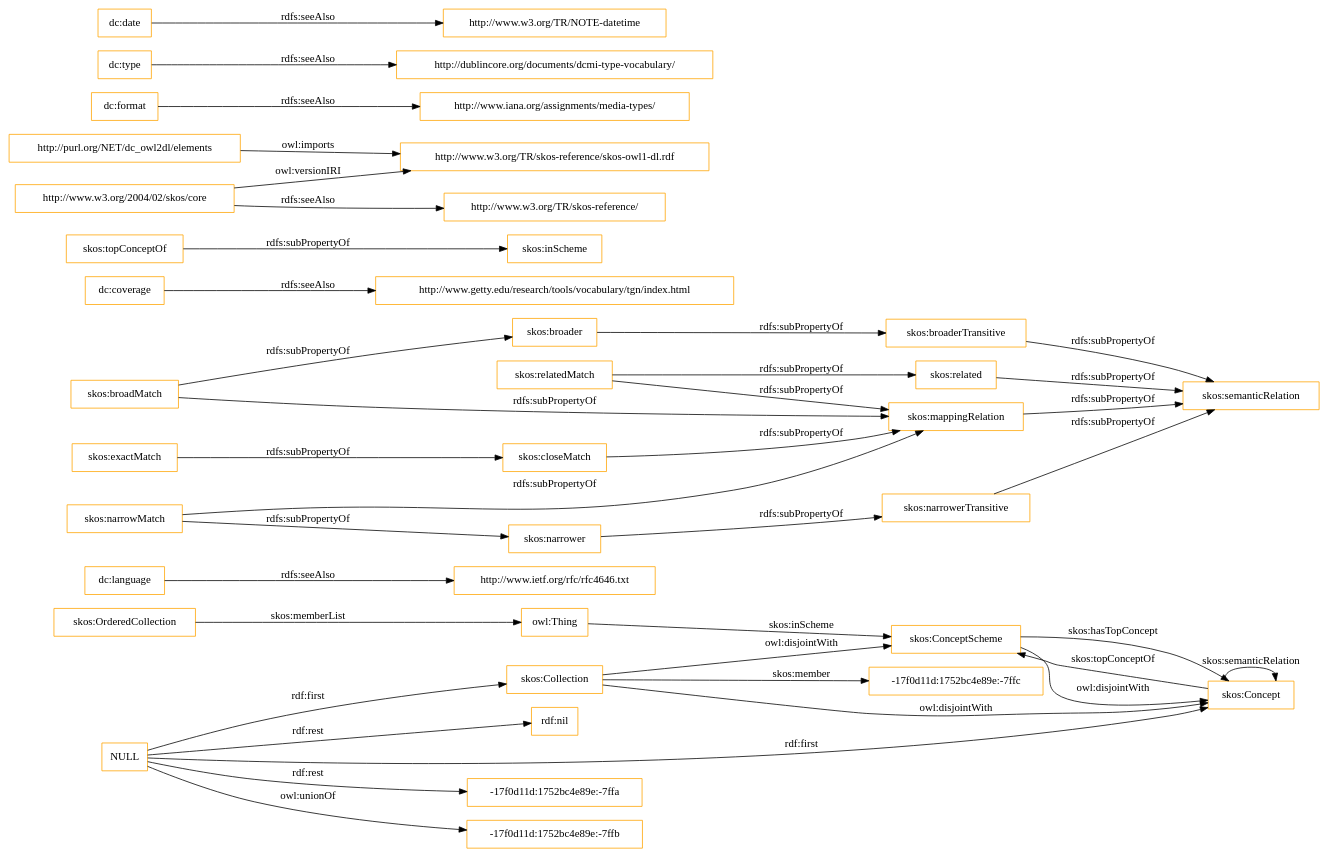
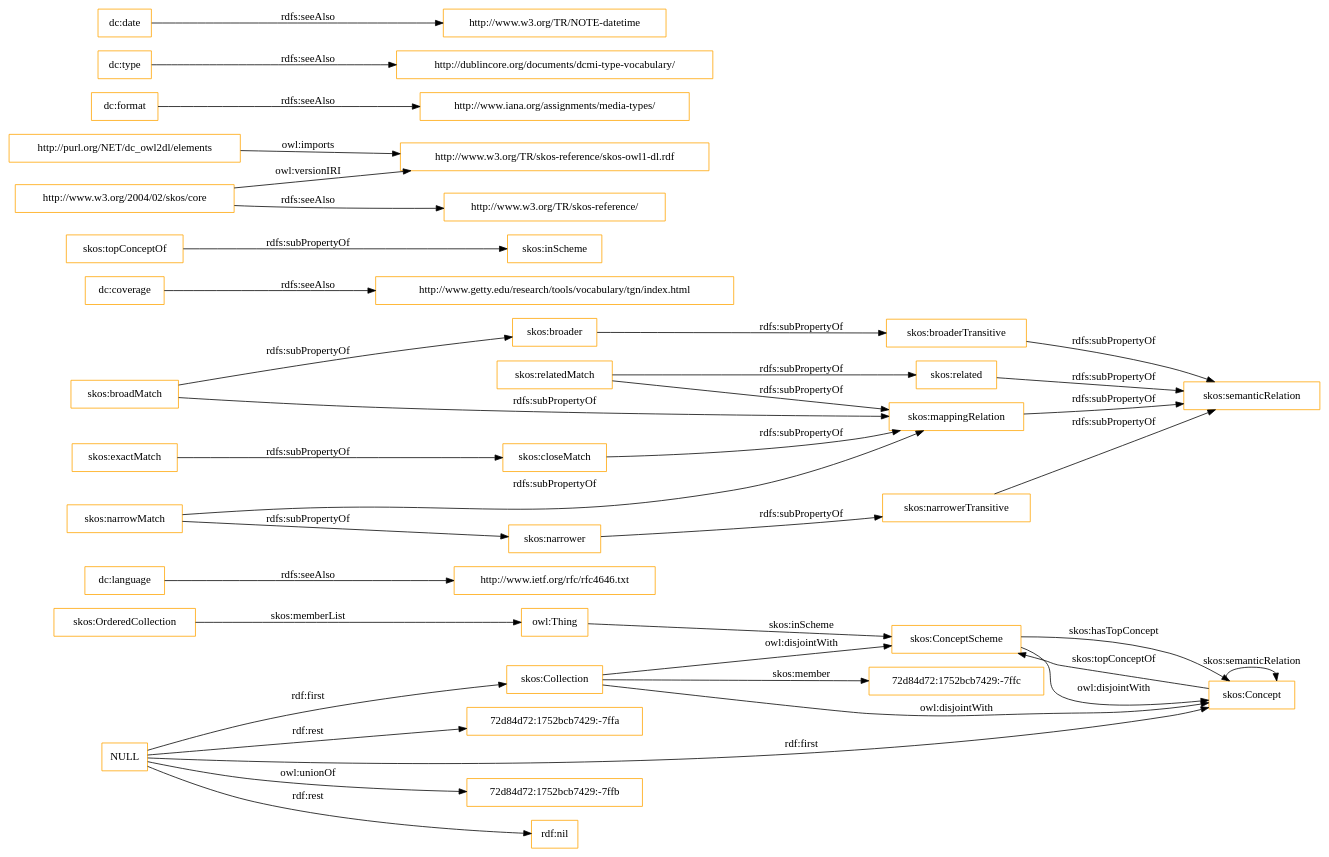
Before and after one commit to OnToologyUser/core-ontology-1: the diagram in OnToology/imports/elements.owl/diagrams/ar2dtool-class/elements.owl.png.dot, drawn with Graphviz. The commit also changed 14 other files, not shown here.

```diff
--- a/OnToology/imports/elements.owl/diagrams/ar2dtool-class/elements.owl.png.dot
+++ b/OnToology/imports/elements.owl/diagrams/ar2dtool-class/elements.owl.png.dot
@@ -1,43 +1,43 @@
 digraph ar2dtool_diagram { 
 rankdir=LR;
 size="1501"
-node [shape = rectangle, color="orange"]; "-17f0d11d:1752bc4e89e:-7ffc" "skos:OrderedCollection" "skos:Collection" "skos:ConceptScheme" "skos:Concept" ; /*classes style*/
+node [shape = rectangle, color="orange"]; "72d84d72:1752bcb7429:-7ffc" "skos:OrderedCollection" "skos:Collection" "skos:ConceptScheme" "skos:Concept" ; /*classes style*/
 	"dc:language" -> "http://www.ietf.org/rfc/rfc4646.txt" [ label = "rdfs:seeAlso" ];
-	"NULL" -> "-17f0d11d:1752bc4e89e:-7ffa" [ label = "rdf:rest" ];
-	"NULL" -> "skos:Concept" [ label = "rdf:first" ];
-	"NULL" -> "-17f0d11d:1752bc4e89e:-7ffb" [ label = "owl:unionOf" ];
+	"NULL" -> "72d84d72:1752bcb7429:-7ffb" [ label = "owl:unionOf" ];
 	"NULL" -> "rdf:nil" [ label = "rdf:rest" ];
 	"NULL" -> "skos:Collection" [ label = "rdf:first" ];
+	"NULL" -> "72d84d72:1752bcb7429:-7ffa" [ label = "rdf:rest" ];
+	"NULL" -> "skos:Concept" [ label = "rdf:first" ];
 	"skos:closeMatch" -> "skos:mappingRelation" [ label = "rdfs:subPropertyOf" ];
 	"dc:coverage" -> "http://www.getty.edu/research/tools/vocabulary/tgn/index.html" [ label = "rdfs:seeAlso" ];
 	"skos:relatedMatch" -> "skos:related" [ label = "rdfs:subPropertyOf" ];
 	"skos:relatedMatch" -> "skos:mappingRelation" [ label = "rdfs:subPropertyOf" ];
 	"skos:ConceptScheme" -> "skos:Concept" [ label = "owl:disjointWith" ];
 	"skos:related" -> "skos:semanticRelation" [ label = "rdfs:subPropertyOf" ];
 	"skos:topConceptOf" -> "skos:inScheme" [ label = "rdfs:subPropertyOf" ];
 	"skos:broadMatch" -> "skos:broader" [ label = "rdfs:subPropertyOf" ];
 	"skos:broadMatch" -> "skos:mappingRelation" [ label = "rdfs:subPropertyOf" ];
 	"http://purl.org/NET/dc_owl2dl/elements" -> "http://www.w3.org/TR/skos-reference/skos-owl1-dl.rdf" [ label = "owl:imports" ];
 	"skos:exactMatch" -> "skos:closeMatch" [ label = "rdfs:subPropertyOf" ];
 	"dc:format" -> "http://www.iana.org/assignments/media-types/" [ label = "rdfs:seeAlso" ];
 	"skos:broaderTransitive" -> "skos:semanticRelation" [ label = "rdfs:subPropertyOf" ];
 	"dc:type" -> "http://dublincore.org/documents/dcmi-type-vocabulary/" [ label = "rdfs:seeAlso" ];
 	"skos:broader" -> "skos:broaderTransitive" [ label = "rdfs:subPropertyOf" ];
 	"skos:mappingRelation" -> "skos:semanticRelation" [ label = "rdfs:subPropertyOf" ];
 	"http://www.w3.org/2004/02/skos/core" -> "http://www.w3.org/TR/skos-reference/skos-owl1-dl.rdf" [ label = "owl:versionIRI" ];
 	"http://www.w3.org/2004/02/skos/core" -> "http://www.w3.org/TR/skos-reference/" [ label = "rdfs:seeAlso" ];
 	"skos:Collection" -> "skos:ConceptScheme" [ label = "owl:disjointWith" ];
 	"skos:Collection" -> "skos:Concept" [ label = "owl:disjointWith" ];
 	"skos:narrowMatch" -> "skos:narrower" [ label = "rdfs:subPropertyOf" ];
 	"skos:narrowMatch" -> "skos:mappingRelation" [ label = "rdfs:subPropertyOf" ];
 	"skos:narrower" -> "skos:narrowerTransitive" [ label = "rdfs:subPropertyOf" ];
 	"dc:date" -> "http://www.w3.org/TR/NOTE-datetime" [ label = "rdfs:seeAlso" ];
 	"skos:narrowerTransitive" -> "skos:semanticRelation" [ label = "rdfs:subPropertyOf" ];
 	"skos:OrderedCollection" -> "owl:Thing" [ label = "skos:memberList" ];
 	"skos:Concept" -> "skos:ConceptScheme" [ label = "skos:topConceptOf" ];
 	"skos:Concept" -> "skos:Concept" [ label = "skos:semanticRelation" ];
-	"skos:Collection" -> "-17f0d11d:1752bc4e89e:-7ffc" [ label = "skos:member" ];
+	"skos:Collection" -> "72d84d72:1752bcb7429:-7ffc" [ label = "skos:member" ];
 	"skos:ConceptScheme" -> "skos:Concept" [ label = "skos:hasTopConcept" ];
 	"owl:Thing" -> "skos:ConceptScheme" [ label = "skos:inScheme" ];
 
 }
```
